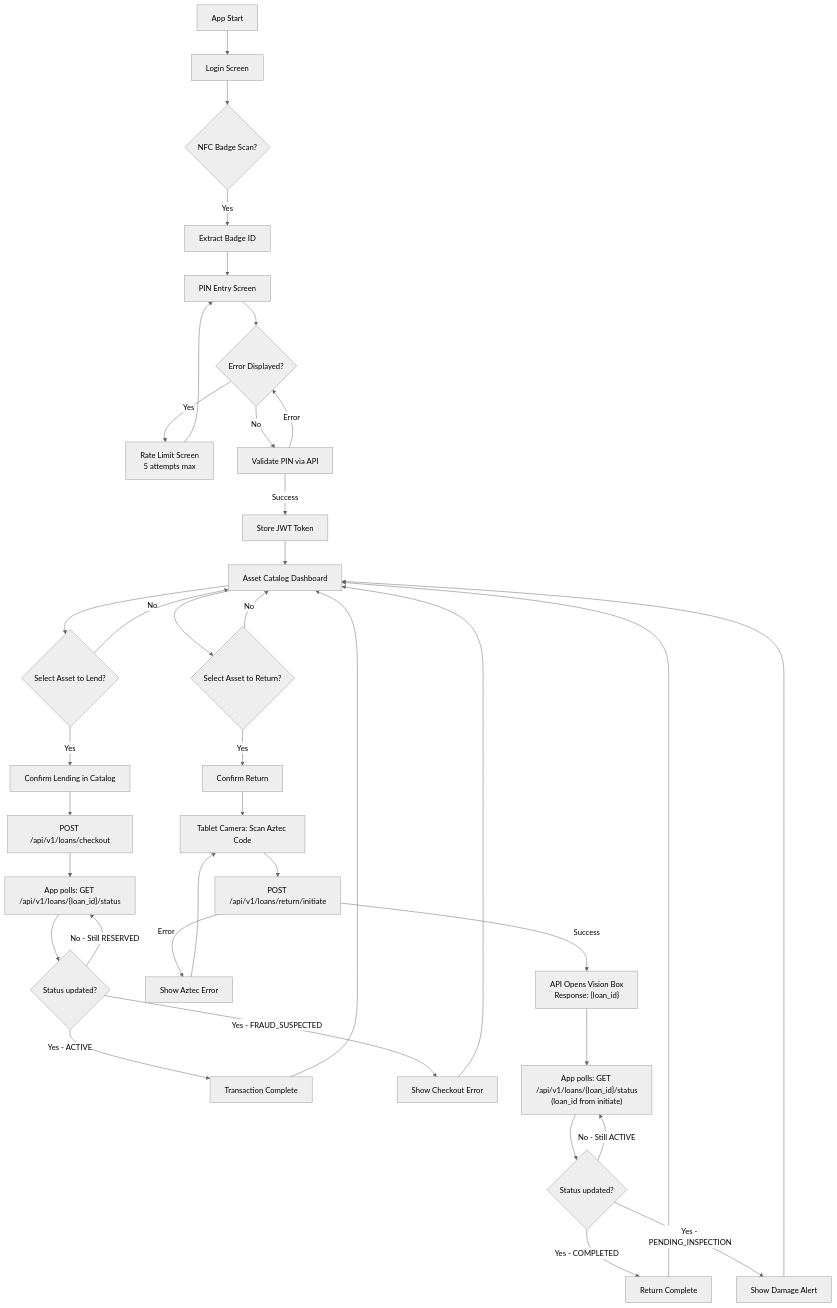
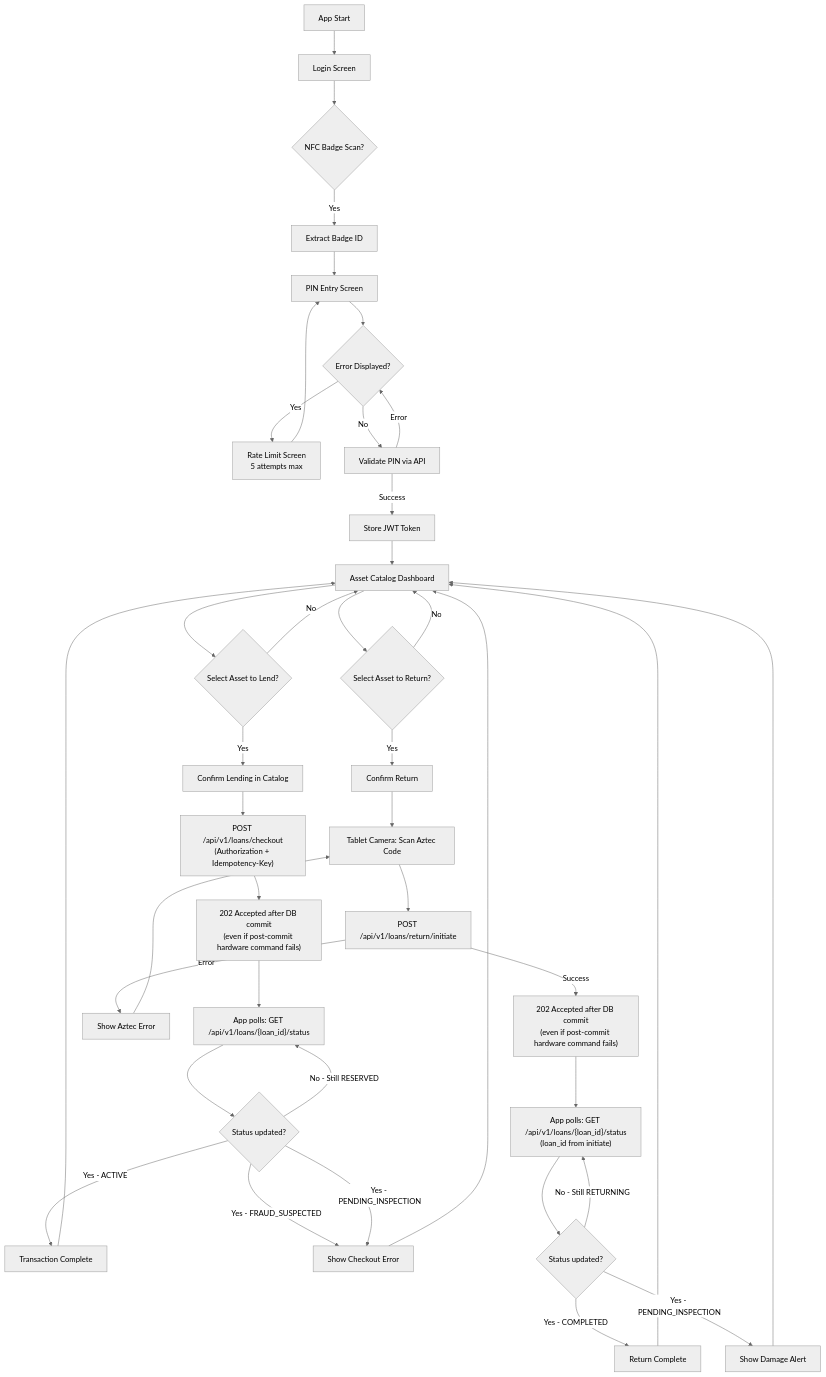
One commit to easylend-practice-enterprise/easylend changed the diagram in kiosk-app/mermaid-flowchart.md. Above: the diagram before and after it, drawn with Mermaid (neutral theme). The commit also changed 55 other files, not shown here.

````diff
--- a/kiosk-app/mermaid-flowchart.md
+++ b/kiosk-app/mermaid-flowchart.md
@@ -3,58 +3,60 @@
 ```mermaid
 flowchart TD
     Start[App Start] --> Login[Login Screen]
 
     Login --> NFC{NFC Badge Scan?}
     NFC -->|Yes| BadgeID[Extract Badge ID]
     BadgeID --> PIN[PIN Entry Screen]
 
     PIN --> ShowError{Error Displayed?}
     ShowError -->|Yes| RateLimit[Rate Limit Screen<br/>5 attempts max]
     ShowError -->|No| Validate[Validate PIN via API]
 
     Validate -->|Success| AuthSuccess[Store JWT Token]
     Validate -->|Error| ShowError
 
     RateLimit --> PIN
 
     AuthSuccess --> Dashboard[Asset Catalog Dashboard]
 
     %% CHECKOUT FLOW (Lending via REST Polling)
     Dashboard --> SelectAsset{Select Asset to Lend?}
     SelectAsset -->|Yes| ConfirmLend[Confirm Lending in Catalog]
     SelectAsset -->|No| Dashboard
 
-    ConfirmLend --> APIOpenBox[POST /api/v1/loans/checkout]
-    APIOpenBox --> PollCheckout["App polls: GET /api/v1/loans/{loan_id}/status"]
-    
+    ConfirmLend --> APIOpenBox["POST /api/v1/loans/checkout<br/>(Authorization + Idempotency-Key)"]
+    APIOpenBox --> CheckoutAccepted["202 Accepted after DB commit<br/>(even if post-commit hardware command fails)"]
+    CheckoutAccepted --> PollCheckout["App polls: GET /api/v1/loans/{loan_id}/status"]
+
     PollCheckout --> CheckoutStatus{Status updated?}
     CheckoutStatus -->|No - Still RESERVED| PollCheckout
     CheckoutStatus -->|Yes - ACTIVE| LendSuccess[Transaction Complete]
     CheckoutStatus -->|Yes - FRAUD_SUSPECTED| CheckoutError[Show Checkout Error]
-    
+    CheckoutStatus -->|Yes - PENDING_INSPECTION| CheckoutError
+
     CheckoutError --> Dashboard
     LendSuccess --> Dashboard
 
     %% RETURN FLOW (Return with Tablet Camera via REST Polling)
     Dashboard --> SelectReturn{Select Asset to Return?}
     SelectReturn -->|Yes| ConfirmReturn[Confirm Return]
     SelectReturn -->|No| Dashboard
 
     ConfirmReturn --> ScanAztecReturn[Tablet Camera: Scan Aztec Code]
     ScanAztecReturn --> ValidateAztecReturn[POST /api/v1/loans/return/initiate]
-    
+
     ValidateAztecReturn -->|Error| ShowAztecErrorReturn[Show Aztec Error]
     ShowAztecErrorReturn --> ScanAztecReturn
 
-    ValidateAztecReturn -->|Success| ReturnOpenBox["API Opens Vision Box<br/>Response: {loan_id}"]
-    ReturnOpenBox --> PollReturn["App polls: GET /api/v1/loans/{loan_id}/status<br/>(loan_id from initiate)"]
+    ValidateAztecReturn -->|Success| ReturnAccepted["202 Accepted after DB commit<br/>(even if post-commit hardware command fails)"]
+    ReturnAccepted --> PollReturn["App polls: GET /api/v1/loans/{loan_id}/status<br/>(loan_id from initiate)"]
 
     PollReturn --> ReturnStatus{Status updated?}
-    ReturnStatus -->|No - Still ACTIVE| PollReturn
+    ReturnStatus -->|No - Still RETURNING| PollReturn
     ReturnStatus -->|Yes - COMPLETED| ReturnSuccess[Return Complete]
     ReturnStatus -->|Yes - PENDING_INSPECTION| ReturnQuarantine[Show Damage Alert]
 
     ReturnQuarantine --> Dashboard
     ReturnSuccess --> Dashboard
 
 ```
````
